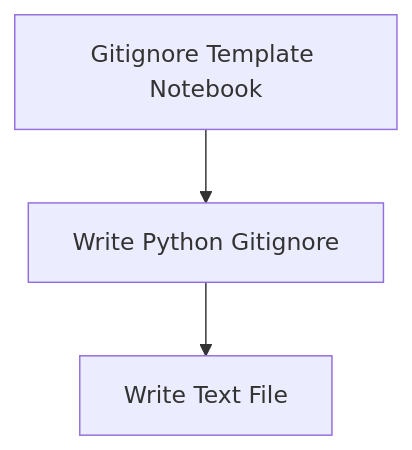
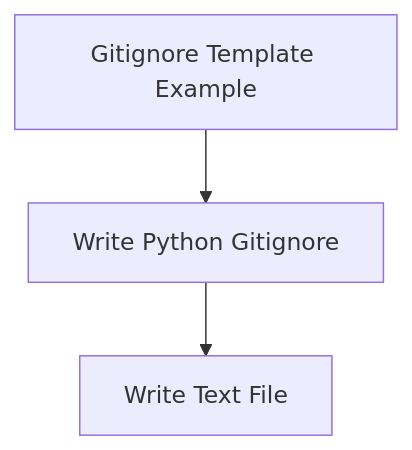
One commit to kieferwaight/LocalFabric changed the diagram in 20_workspaces/06_workflows/yaml/docs/definitions/builtin/git/gitignore-python.md. Above: the diagram before and after it, drawn with Mermaid. The commit also changed other lines of this file and 22 other files, not shown here.

````diff
--- a/20_workspaces/06_workflows/yaml/docs/definitions/builtin/git/gitignore-python.md
+++ b/20_workspaces/06_workflows/yaml/docs/definitions/builtin/git/gitignore-python.md
@@ -25,6 +25,6 @@
 ```mermaid
 flowchart TD
   def_builtin_git_gitignore_python["Write Python Gitignore"]
 def_builtin_git_gitignore_python --> def_builtin_files_write_text["Write Text File"]
-def_notebook_git_gitignore["Gitignore Template Notebook"] --> def_builtin_git_gitignore_python
+def_example_git_gitignore["Gitignore Template Example"] --> def_builtin_git_gitignore_python
 ```
````
